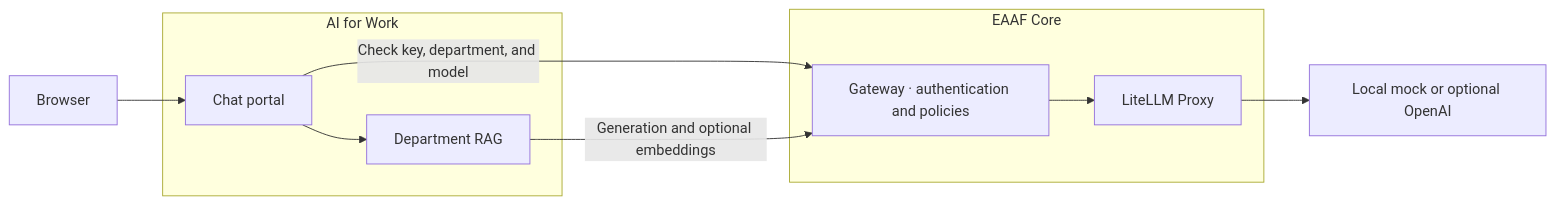
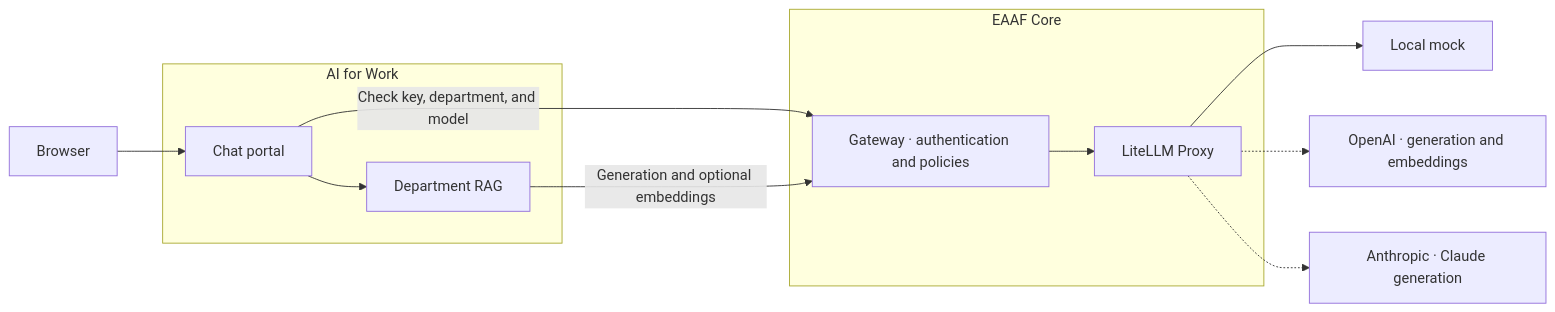
One commit to tandrian06/eaaf-work changed the diagram in README.md. Above: the diagram before and after it, drawn with Mermaid. The commit also changed other lines of this file and 2 other files, not shown here.

Commit message:
Document Claude in Work and clarify reply language

````diff
--- a/README.md
+++ b/README.md
@@ -27,13 +33,15 @@
 ```mermaid
 flowchart LR
     Browser["Browser"] --> Portal
     subgraph Work["AI for Work"]
         Portal["Chat portal"] --> RAG["Department RAG"]
     end
     subgraph Core["EAAF Core"]
         Gateway["Gateway · authentication and policies"] --> Router["LiteLLM Proxy"]
     end
     Portal -->|"Check key, department, and model"| Gateway
     RAG -->|"Generation and optional embeddings"| Gateway
-    Router --> Provider["Local mock or optional OpenAI"]
+    Router --> Mock["Local mock"]
+    Router -.-> OpenAI["OpenAI · generation and embeddings"]
+    Router -.-> Claude["Anthropic · Claude generation"]
 ```
````
